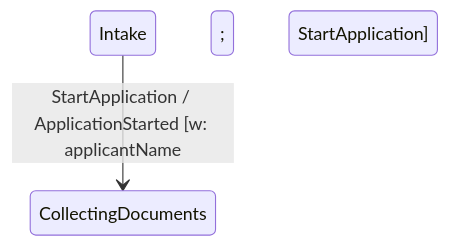
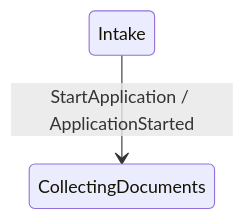
Before and after one commit to shinzui/keiro-runtime-docs: the second of 2 diagrams in content/docs/keiki/how-to/render-a-mermaid-diagram.mdx, drawn with Mermaid. The commit also changed other lines of this file and 32 other files, not shown here.

````diff
--- a/content/docs/keiki/how-to/render-a-mermaid-diagram.mdx
+++ b/content/docs/keiki/how-to/render-a-mermaid-diagram.mdx
@@ -133,4 +127,4 @@
 ```mermaid
 stateDiagram-v2
-    Intake --> CollectingDocuments : StartApplication / ApplicationStarted [w: applicantName; g: StartApplication]
+    Intake --> CollectingDocuments : StartApplication / ApplicationStarted
 ```
````
